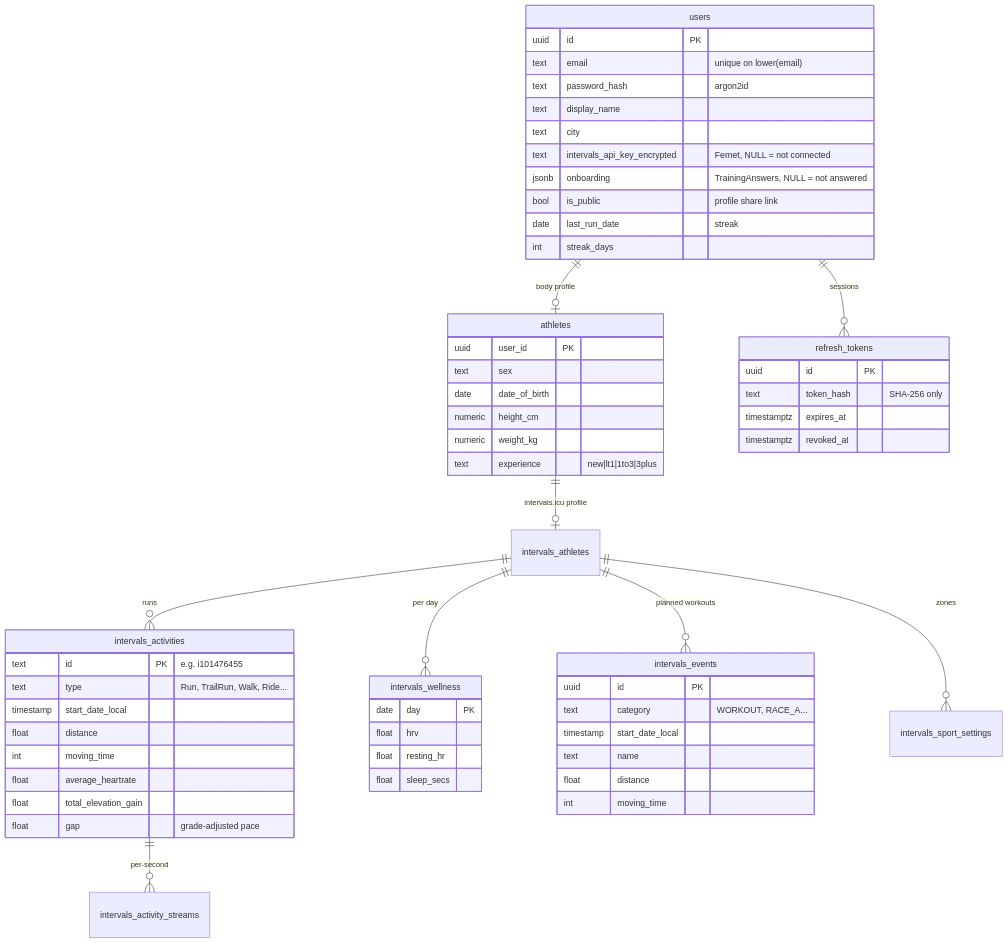
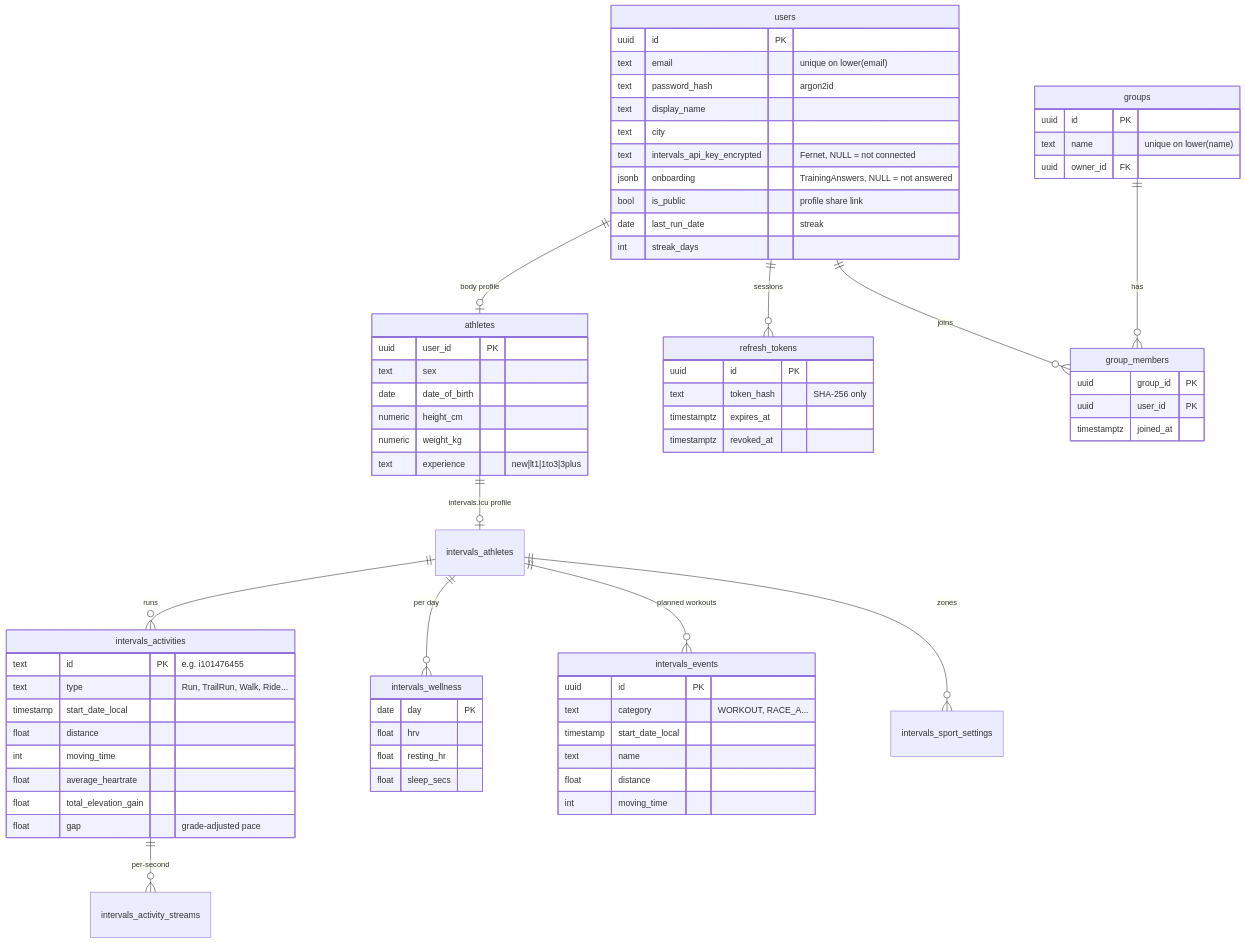
One commit to some1less/hack-vault changed the diagram in 02 Architecture/Data model.md. Above: the diagram before and after it, drawn with Mermaid. The commit also changed other lines of this file and 11 other files, not shown here.

````diff
--- a/02 Architecture/Data model.md
+++ b/02 Architecture/Data model.md
@@ -11,62 +11,74 @@
 ```mermaid
 erDiagram
     users ||--o| athletes : "body profile"
     users ||--o{ refresh_tokens : sessions
+    users ||--o{ group_members : joins
+    groups ||--o{ group_members : has
     athletes ||--o| intervals_athletes : "intervals.icu profile"
     intervals_athletes ||--o{ intervals_activities : runs
     intervals_activities ||--o{ intervals_activity_streams : "per-second"
     intervals_athletes ||--o{ intervals_wellness : "per day"
     intervals_athletes ||--o{ intervals_events : "planned workouts"
     intervals_athletes ||--o{ intervals_sport_settings : zones
 
     users {
         uuid id PK
         text email "unique on lower(email)"
         text password_hash "argon2id"
         text display_name
         text city
         text intervals_api_key_encrypted "Fernet, NULL = not connected"
         jsonb onboarding "TrainingAnswers, NULL = not answered"
         bool is_public "profile share link"
         date last_run_date "streak"
         int streak_days
+    }
+    groups {
+        uuid id PK
+        text name "unique on lower(name)"
+        uuid owner_id FK
+    }
+    group_members {
+        uuid group_id PK
+        uuid user_id PK
+        timestamptz joined_at
     }
     athletes {
         uuid user_id PK
         text sex
         date date_of_birth
         numeric height_cm
         numeric weight_kg
         text experience "new|lt1|1to3|3plus"
     }
     refresh_tokens {
         uuid id PK
         text token_hash "SHA-256 only"
         timestamptz expires_at
         timestamptz revoked_at
     }
     intervals_activities {
         text id PK "e.g. i101476455"
         text type "Run, TrailRun, Walk, Ride..."
         timestamp start_date_local
         float distance
         int moving_time
         float average_heartrate
         float total_elevation_gain
         float gap "grade-adjusted pace"
     }
     intervals_wellness {
         date day PK
         float hrv
         float resting_hr
         float sleep_secs
     }
     intervals_events {
         uuid id PK
         text category "WORKOUT, RACE_A..."
         timestamp start_date_local
         text name
         float distance
         int moving_time
     }
 ```
````
